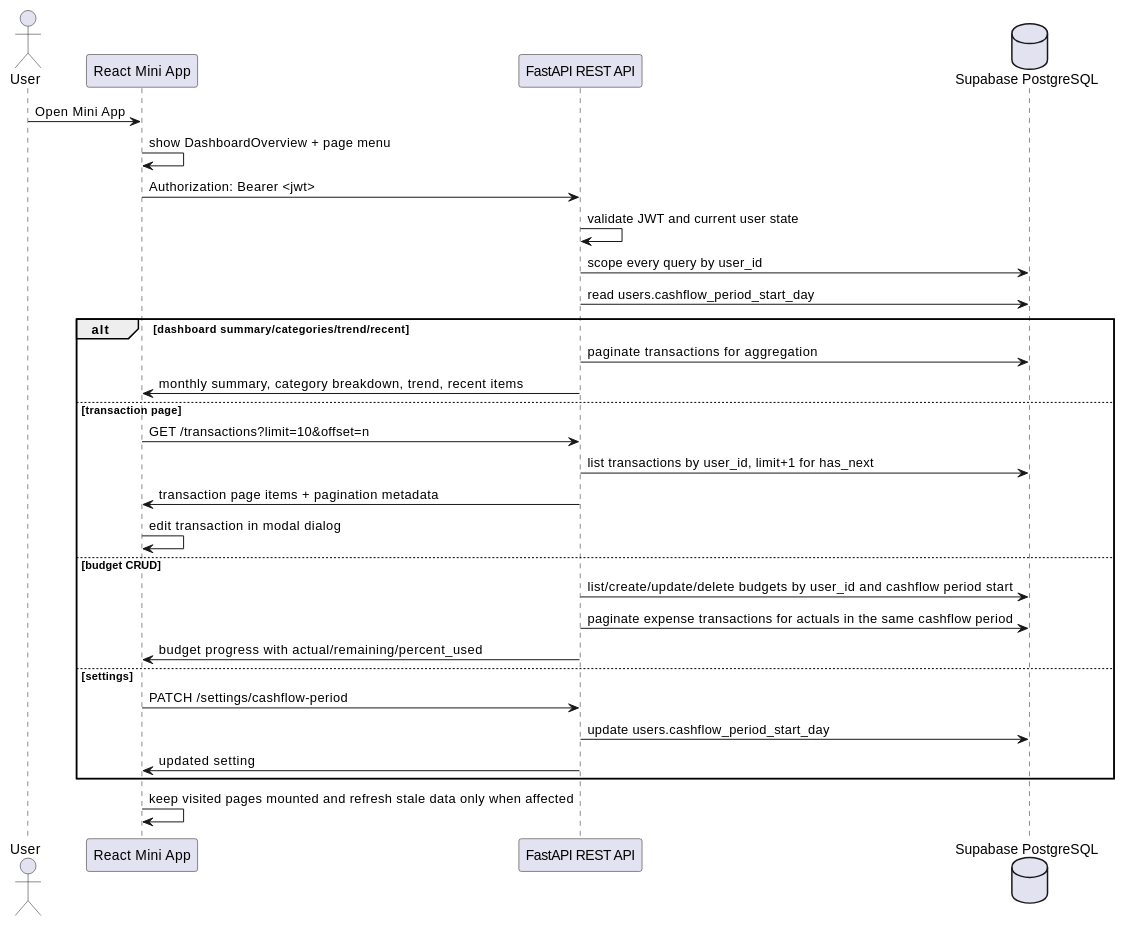
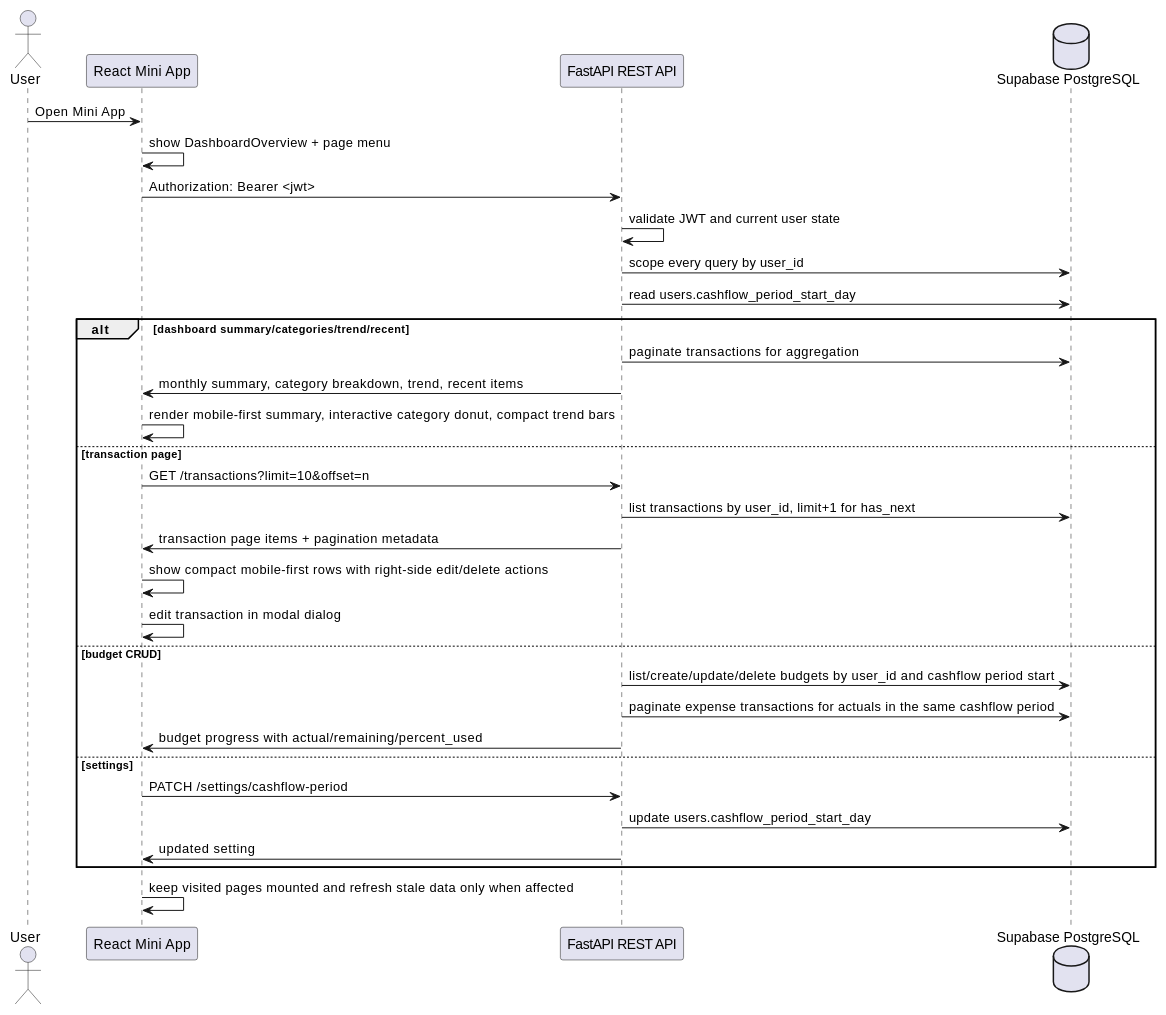
One commit to abdtirtayasa24/ai-expense-telegram changed the ninth of 13 diagrams in docs/ARCHITECTURE.md. Above: the diagram before and after it, drawn with PlantUML. The commit also changed other lines of this file and 19 other files, not shown here.

Commit message:
feat: polish mobile mini app dashboard

````diff
--- a/docs/ARCHITECTURE.md
+++ b/docs/ARCHITECTURE.md
@@ -317,35 +317,37 @@
 ```plantuml
 @startuml
 actor User
 participant "React Mini App" as App
 participant "FastAPI REST API" as API
 database "Supabase PostgreSQL" as DB
 
 User -> App : Open Mini App
 App -> App : show DashboardOverview + page menu
 App -> API : Authorization: Bearer <jwt>
 API -> API : validate JWT and current user state
 API -> DB : scope every query by user_id
 API -> DB : read users.cashflow_period_start_day
 
 alt dashboard summary/categories/trend/recent
   API -> DB : paginate transactions for aggregation
   API -> App : monthly summary, category breakdown, trend, recent items
+  App -> App : render mobile-first summary, interactive category donut, compact trend bars
 else transaction page
   App -> API : GET /transactions?limit=10&offset=n
   API -> DB : list transactions by user_id, limit+1 for has_next
   API -> App : transaction page items + pagination metadata
+  App -> App : show compact mobile-first rows with right-side edit/delete actions
   App -> App : edit transaction in modal dialog
 else budget CRUD
   API -> DB : list/create/update/delete budgets by user_id and cashflow period start
   API -> DB : paginate expense transactions for actuals in the same cashflow period
   API -> App : budget progress with actual/remaining/percent_used
 else settings
   App -> API : PATCH /settings/cashflow-period
   API -> DB : update users.cashflow_period_start_day
   API -> App : updated setting
 end
 
 App -> App : keep visited pages mounted and refresh stale data only when affected
 @enduml
 ```
````
